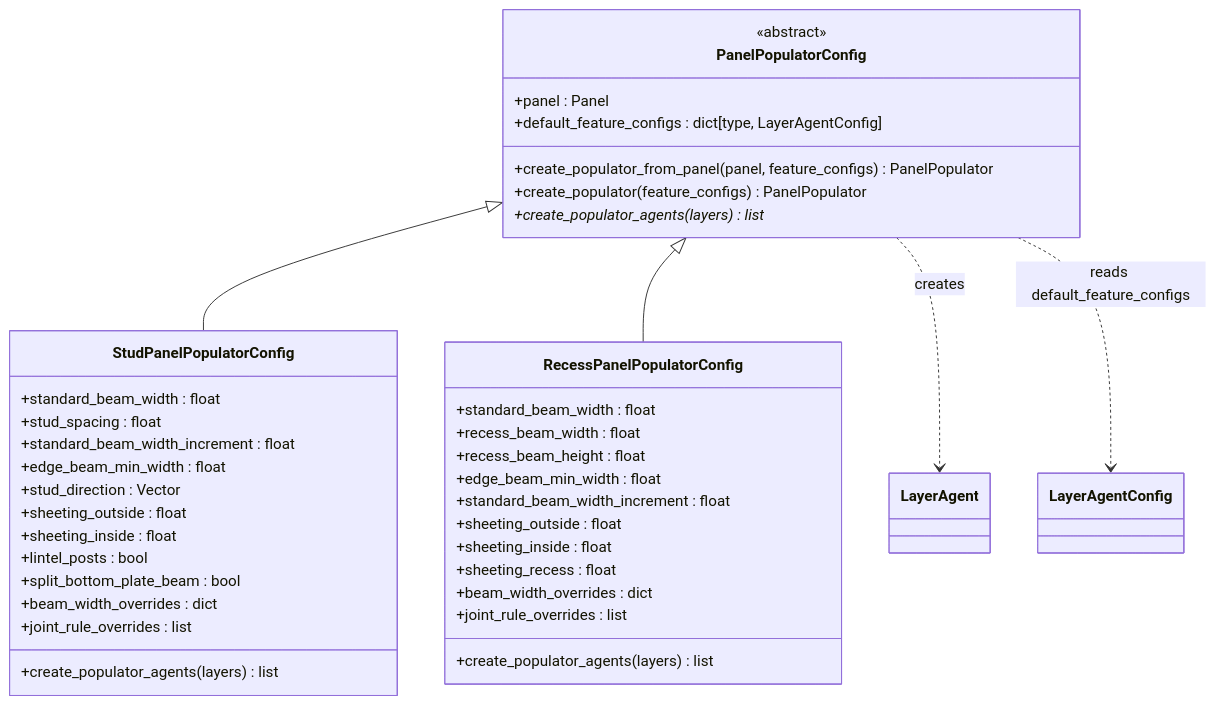
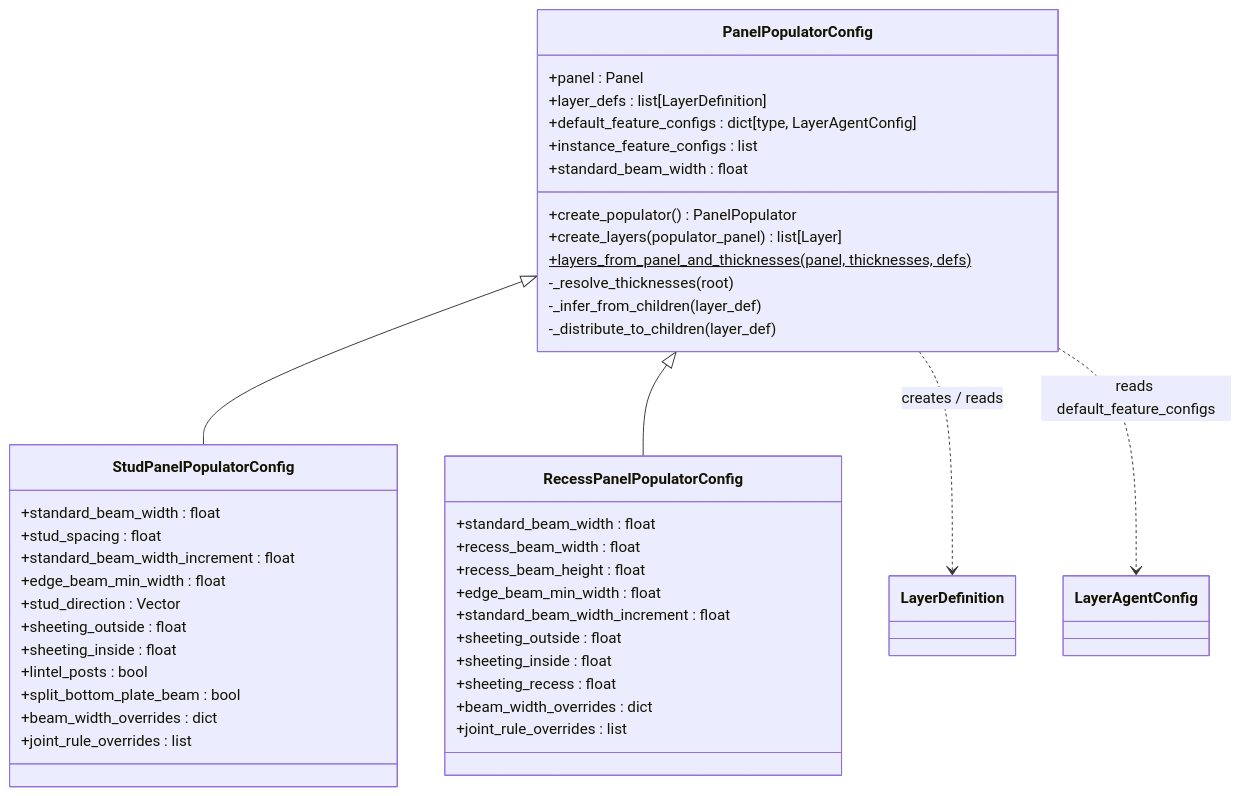
The second of 7 diagrams in docs/contribution/class_diagrams.md (gramaziokohler/timber_design), drawn with Mermaid before and after one commit. The commit also changed other lines of this file and 27 other files, not shown here.

````diff
--- a/docs/contribution/class_diagrams.md
+++ b/docs/contribution/class_diagrams.md
@@ -67,49 +94,49 @@
 ```mermaid
 classDiagram
 
     class PanelPopulatorConfig {
-        <<abstract>>
         +panel : Panel
+        +layer_defs : list[LayerDefinition]
         +default_feature_configs : dict[type, LayerAgentConfig]
-        +create_populator_from_panel(panel, feature_configs) PanelPopulator
-        +create_populator(feature_configs) PanelPopulator
-        +create_populator_agents(layers)* list
+        +instance_feature_configs : list
+        +standard_beam_width : float
+        +create_populator() PanelPopulator
+        +create_layers(populator_panel) list[Layer]
+        +layers_from_panel_and_thicknesses(panel, thicknesses, defs)$
+        -_resolve_thicknesses(root)
+        -_infer_from_children(layer_def)
+        -_distribute_to_children(layer_def)
     }
 
     class StudPanelPopulatorConfig {
         +standard_beam_width : float
         +stud_spacing : float
         +standard_beam_width_increment : float
         +edge_beam_min_width : float
         +stud_direction : Vector
         +sheeting_outside : float
         +sheeting_inside : float
         +lintel_posts : bool
         +split_bottom_plate_beam : bool
         +beam_width_overrides : dict
         +joint_rule_overrides : list
-        +create_populator_agents(layers) list
     }
 
     class RecessPanelPopulatorConfig {
         +standard_beam_width : float
         +recess_beam_width : float
         +recess_beam_height : float
         +edge_beam_min_width : float
         +standard_beam_width_increment : float
         +sheeting_outside : float
         +sheeting_inside : float
         +sheeting_recess : float
         +beam_width_overrides : dict
         +joint_rule_overrides : list
-        +create_populator_agents(layers) list
     }
 
-    %% Inheritance
     PanelPopulatorConfig <|-- StudPanelPopulatorConfig
     PanelPopulatorConfig <|-- RecessPanelPopulatorConfig
-
-    %% Associations
-    PanelPopulatorConfig ..> LayerAgent : creates
+    PanelPopulatorConfig ..> LayerDefinition : creates / reads
     PanelPopulatorConfig ..> LayerAgentConfig : reads default_feature_configs
 ```
````
